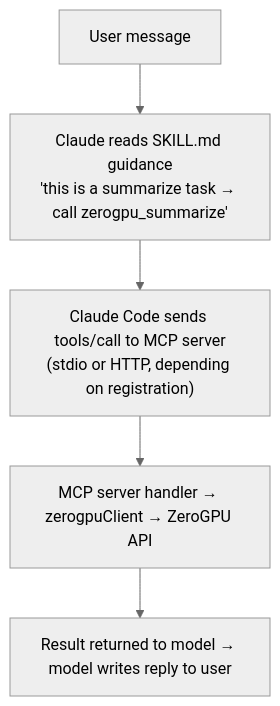
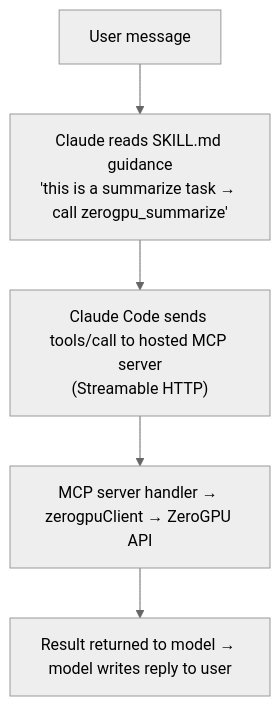
The fourth of 4 diagrams in README.md (zerogpu/zerogpu-router), drawn with Mermaid (neutral theme) before and after one commit. The commit also changed other lines of this file and 19 other files, not shown here.

````diff
--- a/README.md
+++ b/README.md
@@ -522,13 +585,13 @@
 ```mermaid
 flowchart TD
     User["User message"]
     Skill["Claude reads SKILL.md guidance\n'this is a summarize task → call zerogpu_summarize'"]
-    CC["Claude Code sends tools/call to MCP server\n(stdio or HTTP, depending on registration)"]
+    CC["Claude Code sends tools/call to hosted MCP server\n(Streamable HTTP)"]
     MCP["MCP server handler → zerogpuClient → ZeroGPU API"]
     Result["Result returned to model → model writes reply to user"]
 
     User --> Skill
     Skill --> CC
     CC --> MCP
     MCP --> Result
 ```
````
